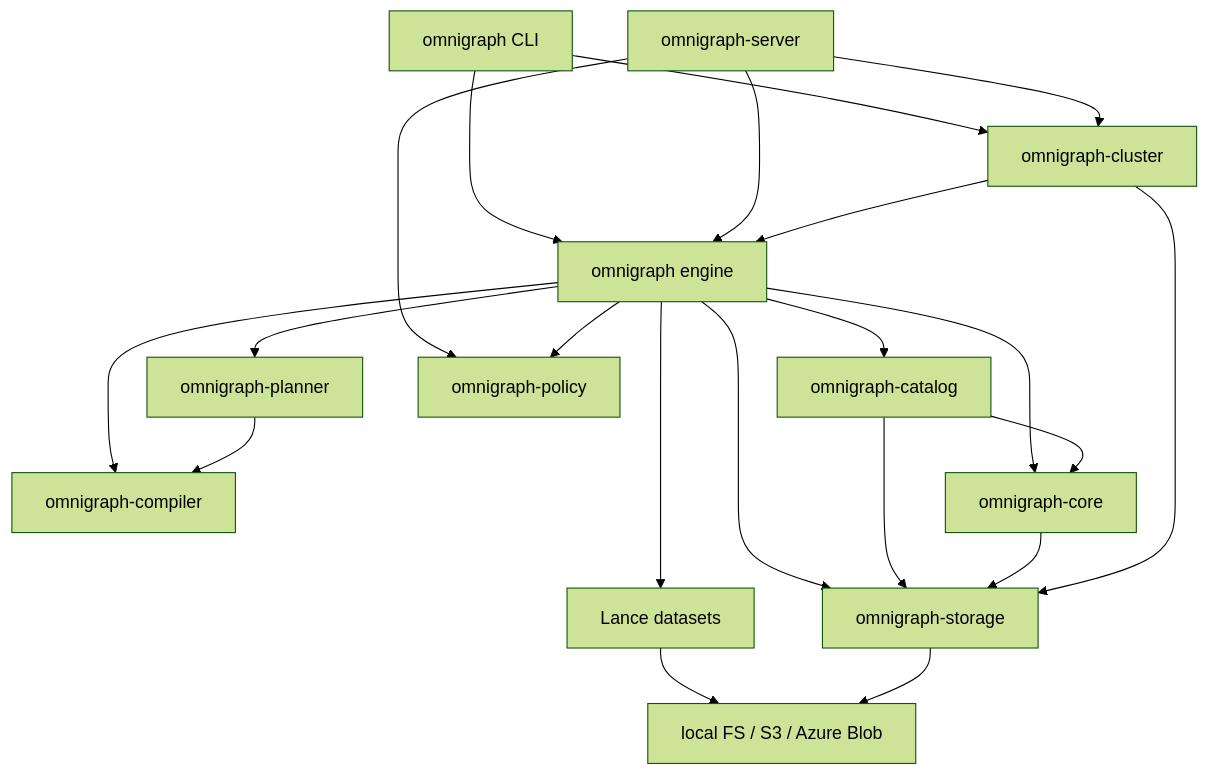
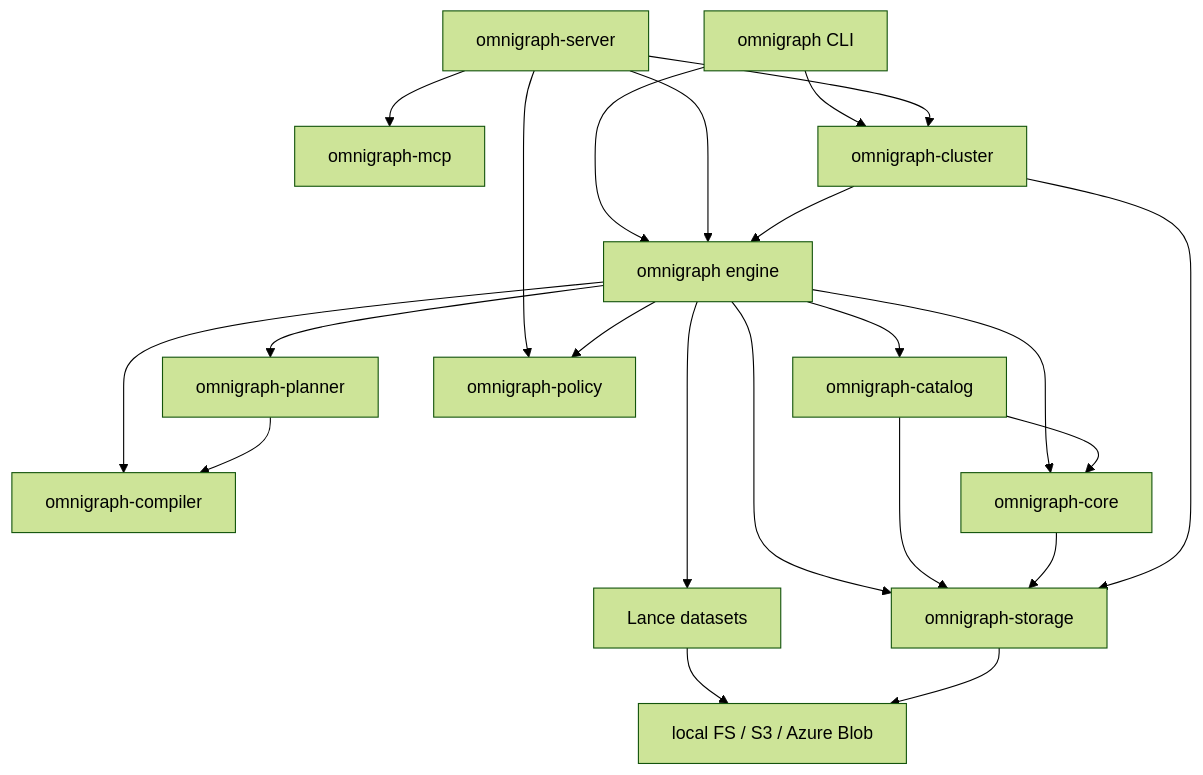
The diagram in docs/dev/architecture.md (EnzoTironi/omnigraph), drawn with Mermaid (forest theme) before and after one commit. The commit also changed other lines of this file and 17 other files, not shown here.

````diff
--- a/docs/dev/architecture.md
+++ b/docs/dev/architecture.md
@@ -15,36 +15,38 @@
 ```mermaid
 flowchart TB
     CLI[omnigraph CLI]
     HTTP[omnigraph-server]
+    MCP[omnigraph-mcp]
     CLUSTER[omnigraph-cluster]
     COMPILER[omnigraph-compiler]
     PLANNER[omnigraph-planner]
     ENGINE[omnigraph engine]
     CATALOG[omnigraph-catalog]
     CORE[omnigraph-core]
     POLICY[omnigraph-policy]
     STORAGE[omnigraph-storage]
     LANCE[Lance datasets]
     OBJECTS[local FS / S3 / Azure Blob]
 
     CLI --> CLUSTER
     CLI --> ENGINE
     HTTP --> ENGINE
     HTTP --> CLUSTER
     HTTP --> POLICY
+    HTTP --> MCP
     CLUSTER --> ENGINE
     ENGINE --> COMPILER
     ENGINE --> PLANNER
     PLANNER --> COMPILER
     ENGINE --> POLICY
     ENGINE --> STORAGE
     ENGINE --> CATALOG
     ENGINE --> CORE
     CATALOG --> CORE
     CATALOG --> STORAGE
     CORE --> STORAGE
     ENGINE --> LANCE
     CLUSTER --> STORAGE
     LANCE --> OBJECTS
     STORAGE --> OBJECTS
 ```
````
